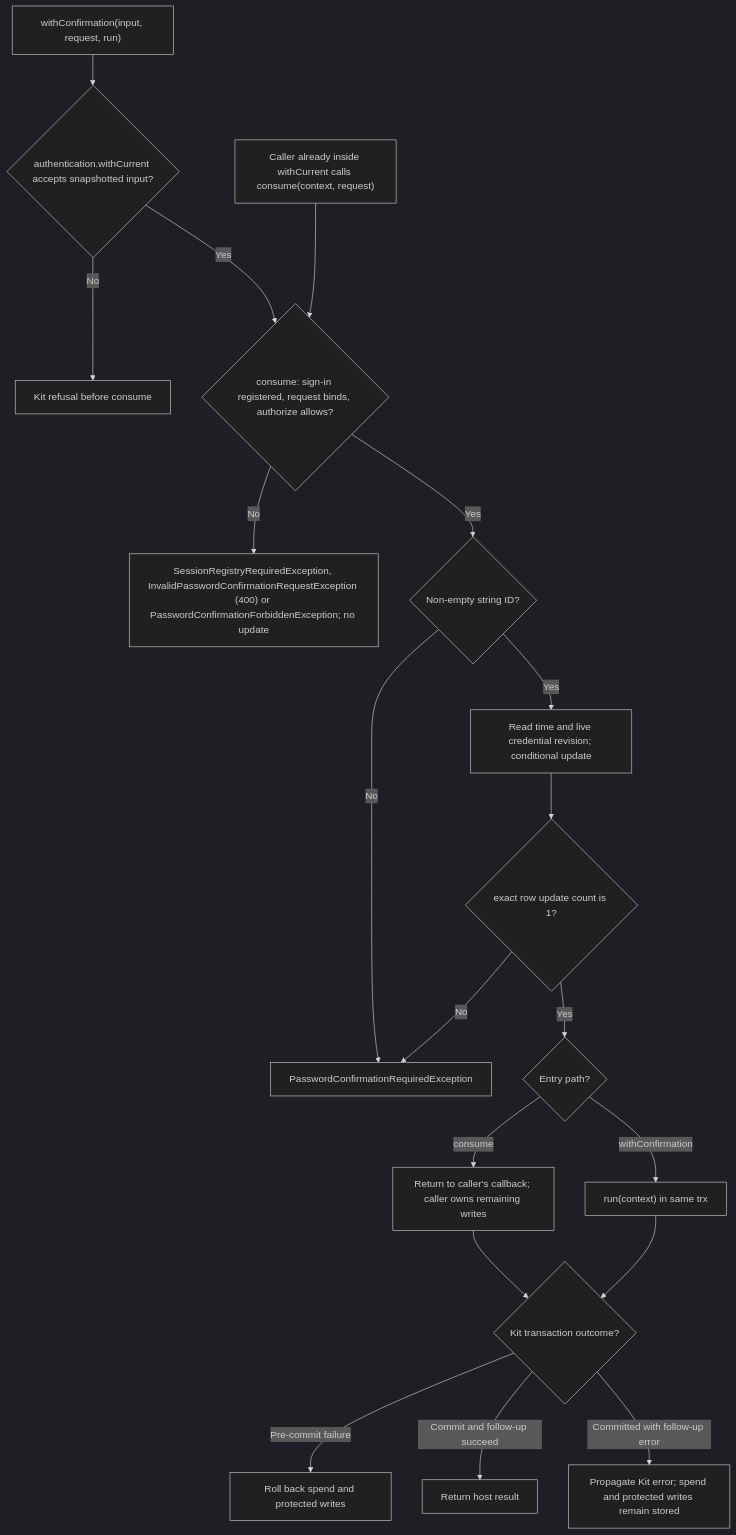
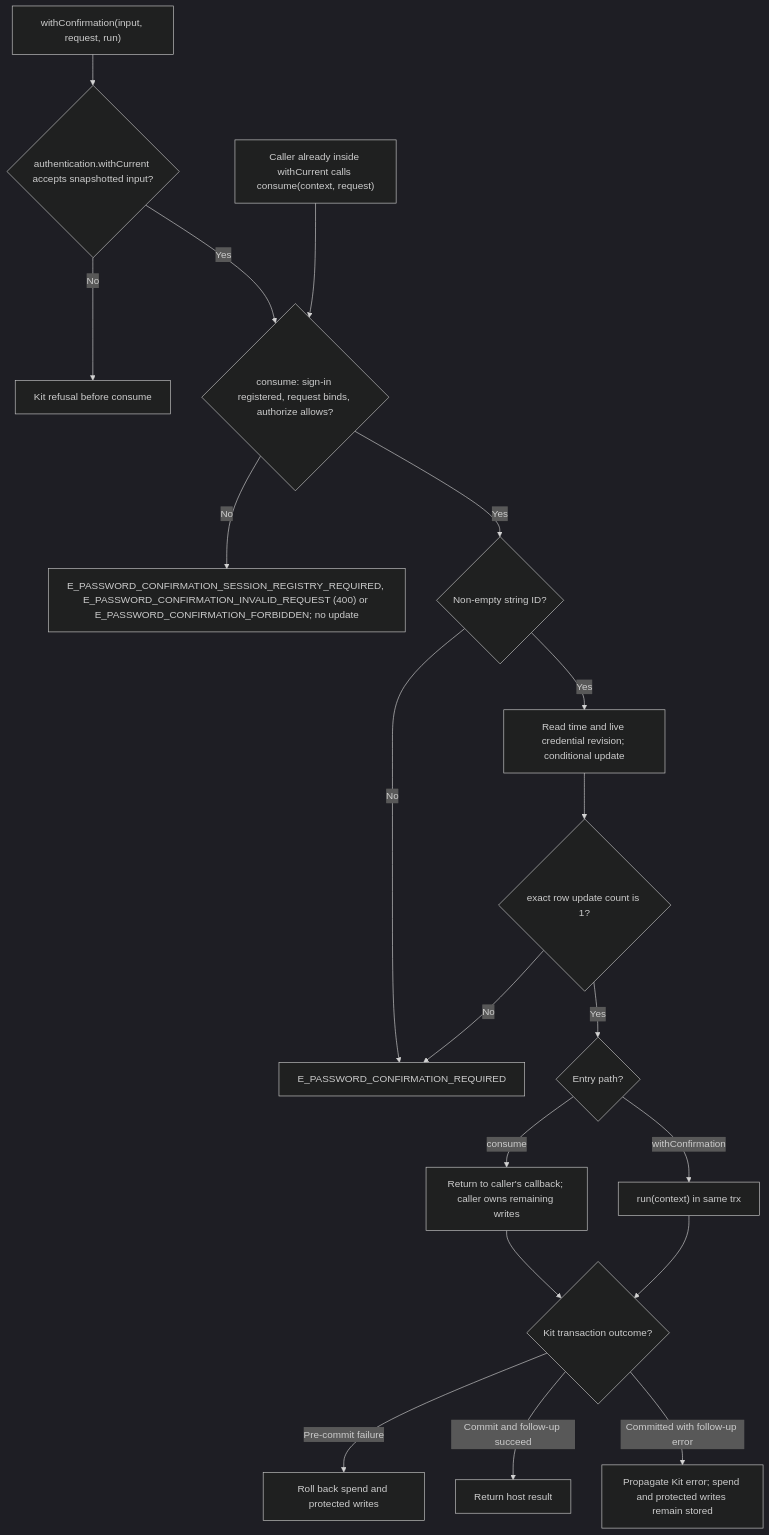
The second of 2 diagrams in user-stories/US-CONFIRM-02-spend-confirmation.md (Kevinjohn/oss-adonisjs-confirm-action-with-password), drawn with Mermaid (dark theme) before and after one commit. The commit also changed 14 other files, not shown here.

````diff
--- a/user-stories/US-CONFIRM-02-spend-confirmation.md
+++ b/user-stories/US-CONFIRM-02-spend-confirmation.md
@@ -41,21 +41,21 @@
 ```mermaid
 flowchart TD
     A["withConfirmation(input, request, run)"] --> B{"authentication.withCurrent accepts snapshotted input?"}
     B -->|No| X["Kit refusal before consume"]
     B -->|Yes| C{"consume: sign-in registered, request binds, authorize allows?"}
     A2["Caller already inside withCurrent calls consume(context, request)"] --> C
-    C -->|No| C2["SessionRegistryRequiredException, InvalidPasswordConfirmationRequestException (400) or PasswordConfirmationForbiddenException; no update"]
+    C -->|No| C2["E_PASSWORD_CONFIRMATION_SESSION_REGISTRY_REQUIRED, E_PASSWORD_CONFIRMATION_INVALID_REQUEST (400) or E_PASSWORD_CONFIRMATION_FORBIDDEN; no update"]
     C -->|Yes| C3{"Non-empty string ID?"}
     C3 -->|No| E
     C3 -->|Yes| U["Read time and live credential revision; conditional update"]
     U --> D{"exact row update count is 1?"}
-    D -->|No| E["PasswordConfirmationRequiredException"]
+    D -->|No| E["E_PASSWORD_CONFIRMATION_REQUIRED"]
     D -->|Yes| R{"Entry path?"}
     R -->|withConfirmation| F["run(context) in same trx"]
     R -->|consume| Y["Return to caller's callback; caller owns remaining writes"]
     Y --> G
     F --> G{"Kit transaction outcome?"}
     G -->|Pre-commit failure| I["Roll back spend and protected writes"]
     G -->|Commit and follow-up succeed| J["Return host result"]
     G -->|Committed with follow-up error| K["Propagate Kit error; spend and protected writes remain stored"]
 ```
````
